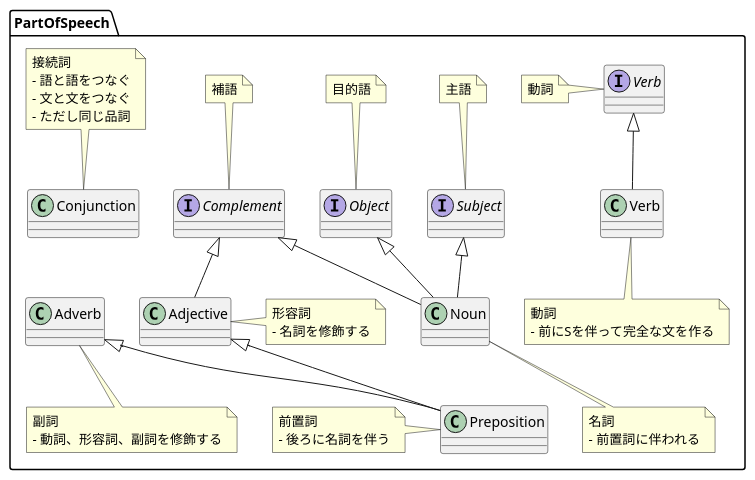
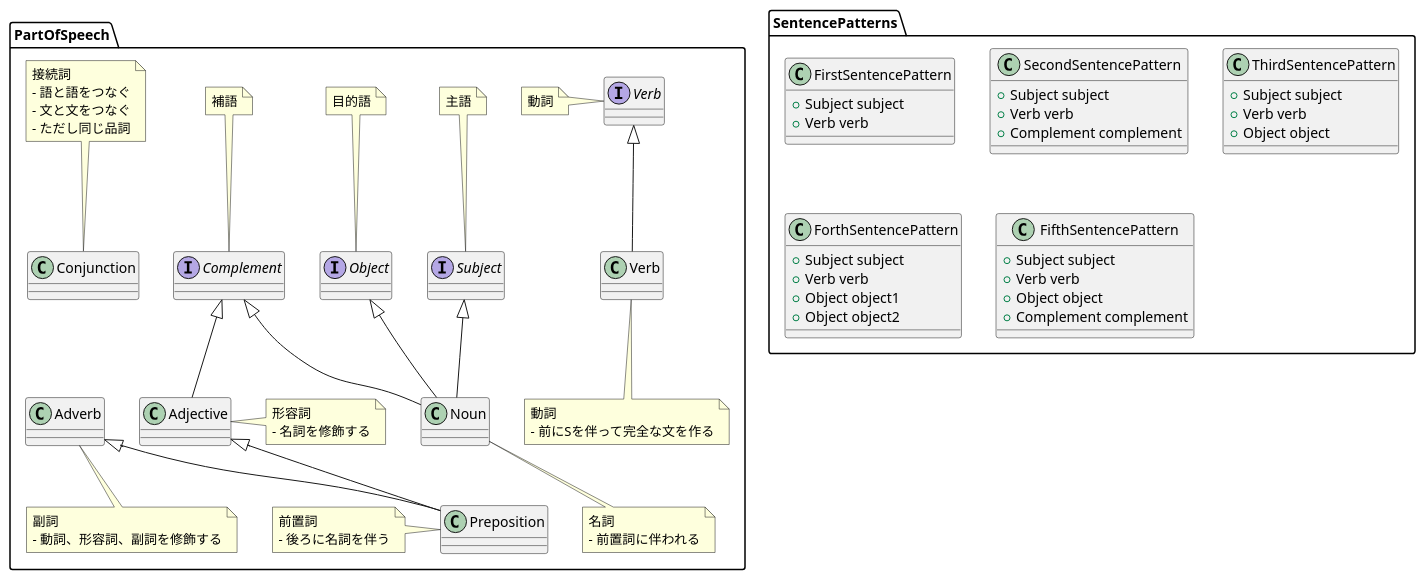
One commit to JHashimoto0518/structure-of-english changed the diagram in docs/diagrams/src/class_diagram.pu. Above: the diagram before and after it, drawn with PlantUML.

Commit message:
add SentencePatterns package

```diff
--- a/docs/diagrams/src/class_diagram.pu
+++ b/docs/diagrams/src/class_diagram.pu
@@ -1,54 +1,87 @@
 @startuml Structure of English
 
-package "PartOfSpeech" {
+package PartOfSpeech {
     interface Subject
     note top : 主語
 
     interface "Verb" as IVerb
     note left : 動詞
 
     interface Object
     note top : 目的語
 
     interface Complement
     note top : 補語
 
     class Noun {
     }
     note bottom : 名詞\n- 前置詞に伴われる
 
     Subject <|-- Noun
     Object <|-- Noun
     Complement <|-- Noun
 
     class Verb {
 
     }
     note bottom : 動詞\n- 前にSを伴って完全な文を作る
     IVerb <|-- Verb
 
     class Adjective {
 
     }
     note right : 形容詞\n- 名詞を修飾する
     Complement <|-- Adjective
 
     class Adverb {
 
     }
     note bottom : 副詞\n- 動詞、形容詞、副詞を修飾する
 
     class Preposition {
 
     }
     note left : 前置詞\n- 後ろに名詞を伴う
     Adjective <|-- Preposition
     Adverb <|-- Preposition
 
     class Conjunction {
 
     }
     note top : 接続詞\n- 語と語をつなぐ\n- 文と文をつなぐ\n- ただし同じ品詞
 }
 
+package SentencePatterns {
+
+    class FirstSentencePattern {
+        + Subject subject
+        + Verb verb
+    }
+
+    class SecondSentencePattern {
+        + Subject subject
+        + Verb verb
+        + Complement complement
+    }
+
+    class ThirdSentencePattern {
+        + Subject subject
+        + Verb verb
+        + Object object
+    }
+
+    class ForthSentencePattern {
+        + Subject subject
+        + Verb verb
+        + Object object1
+        + Object object2
+    }
+
+    class FifthSentencePattern {
+        + Subject subject
+        + Verb verb
+        + Object object
+        + Complement complement
+    }
+}
 @enduml
```
